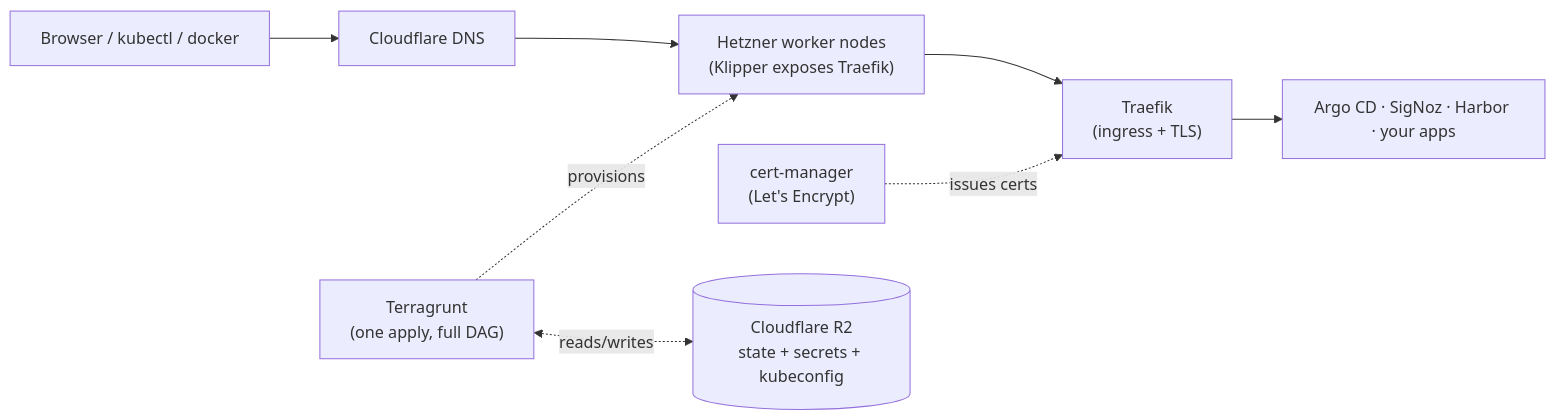
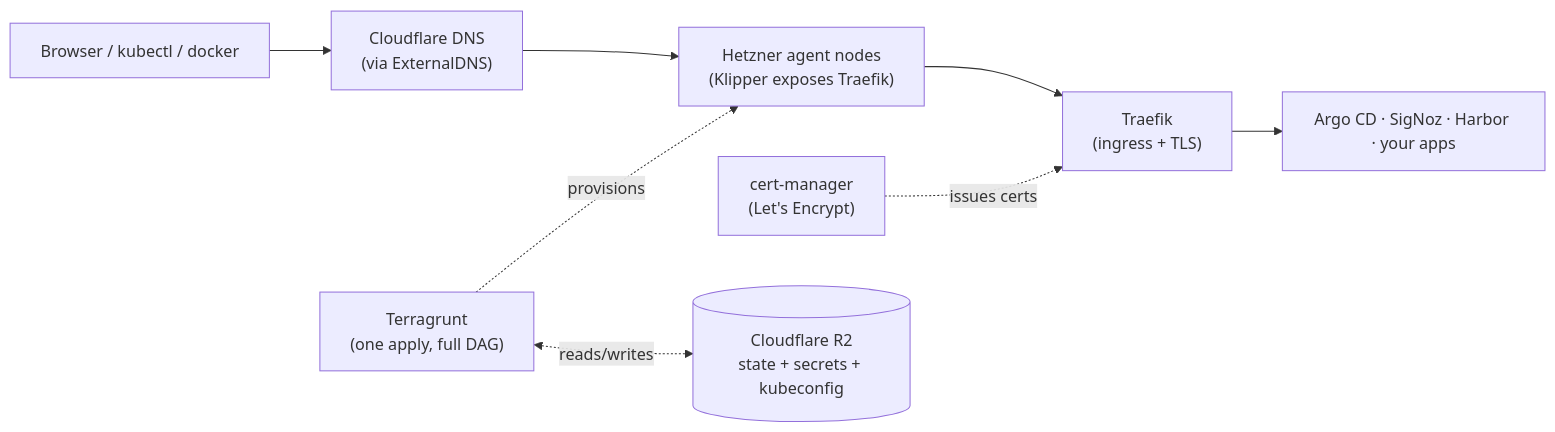
The diagram in docs/index.md (paapug/hetzner-kube-express), drawn with Mermaid before and after one commit. The commit also changed other lines of this file and 13 other files, not shown here.

Commit message:
External DNS documentation update

````diff
--- a/docs/index.md
+++ b/docs/index.md
@@ -7,16 +7,16 @@
 ```mermaid
 flowchart LR
   user["Browser / kubectl / docker"]
-  dns["Cloudflare DNS"]
-  nodes["Hetzner worker nodes<br/>(Klipper exposes Traefik)"]
+  dns["Cloudflare DNS<br/>(via ExternalDNS)"]
+  nodes["Hetzner agent nodes<br/>(Klipper exposes Traefik)"]
   traefik["Traefik<br/>(ingress + TLS)"]
   apps["Argo CD · SigNoz · Harbor · your apps"]
   cert["cert-manager<br/>(Let's Encrypt)"]
   r2[("Cloudflare R2<br/>state + secrets + kubeconfig")]
   tg["Terragrunt<br/>(one apply, full DAG)"]
 
   user --> dns --> nodes --> traefik --> apps
   cert -. issues certs .-> traefik
   tg -. provisions .-> nodes
   tg <-. reads/writes .-> r2
 ```
````
